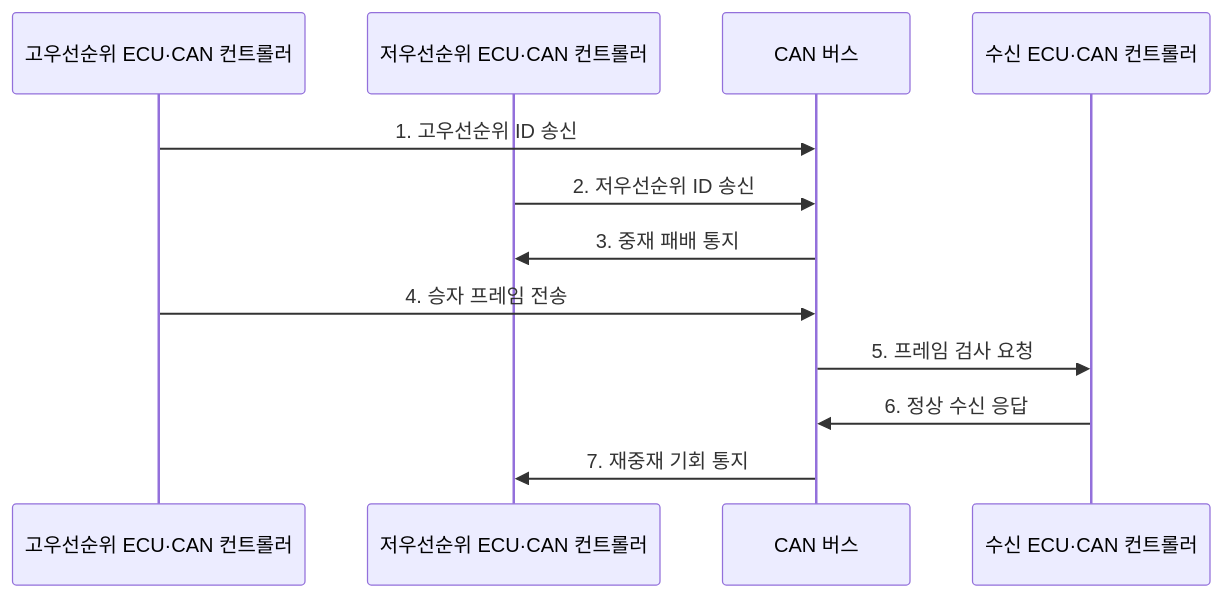
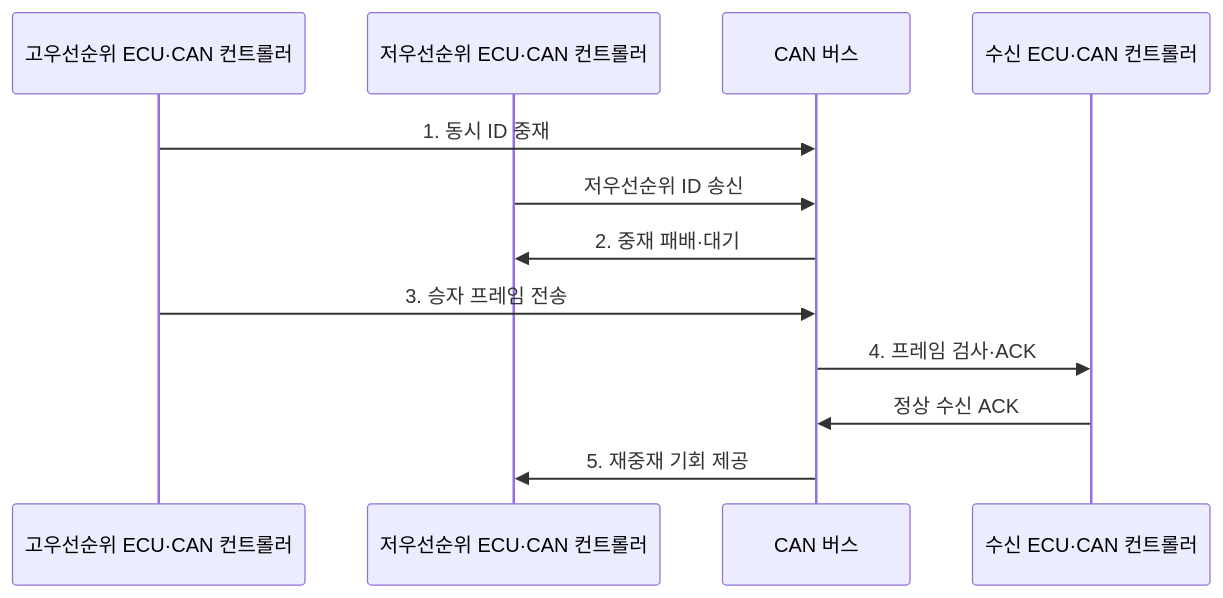
The second of 2 diagrams in src/content/docs/notes/02-hardware/066_can_bus.md (agnusdei1207/knowledge-base), drawn with Mermaid before and after one commit. The commit also changed other lines of this file and 86 other files, not shown here.

````diff
--- a/src/content/docs/notes/02-hardware/066_can_bus.md
+++ b/src/content/docs/notes/02-hardware/066_can_bus.md
@@ -85,15 +85,15 @@
 ```mermaid
 sequenceDiagram
     participant A as 고우선순위 ECU·CAN 컨트롤러
     participant B as 저우선순위 ECU·CAN 컨트롤러
     participant W as CAN 버스
     participant R as 수신 ECU·CAN 컨트롤러
 
-    A->>W: 1. 고우선순위 ID 송신
-    B->>W: 2. 저우선순위 ID 송신
-    W->>B: 3. 중재 패배 통지
-    A->>W: 4. 승자 프레임 전송
-    W->>R: 5. 프레임 검사 요청
-    R->>W: 6. 정상 수신 응답
-    W->>B: 7. 재중재 기회 통지
+    A->>W: 1. 동시 ID 중재
+    B->>W: 저우선순위 ID 송신
+    W->>B: 2. 중재 패배·대기
+    A->>W: 3. 승자 프레임 전송
+    W->>R: 4. 프레임 검사·ACK
+    R->>W: 정상 수신 ACK
+    W->>B: 5. 재중재 기회 제공
 ```
````
